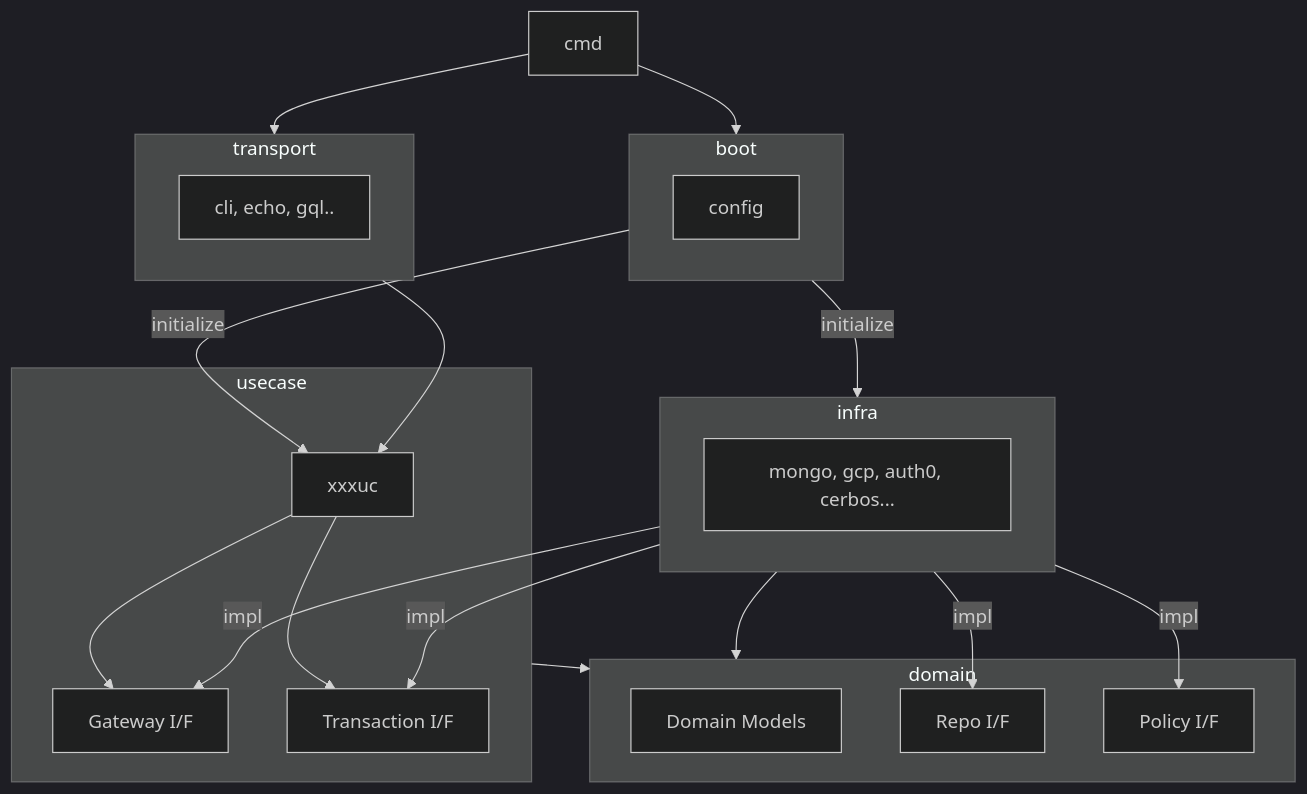
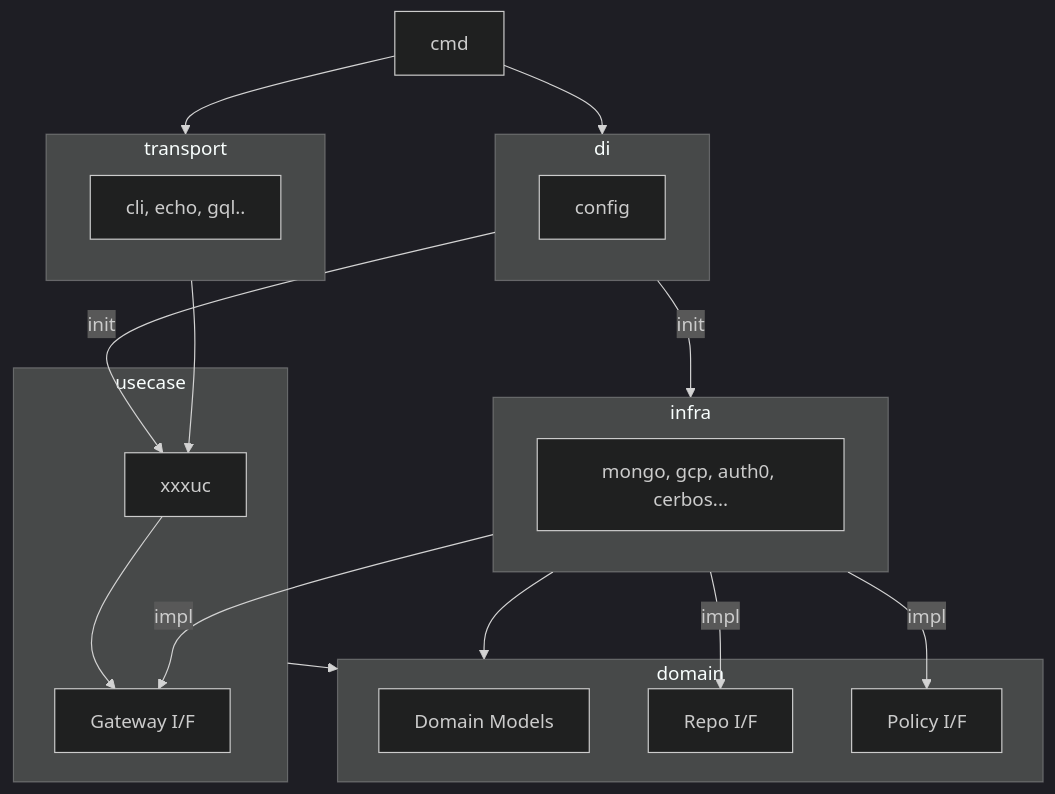
One commit to reearth/scaffold changed the diagram in README.md. Above: the diagram before and after it, drawn with Mermaid (dark theme). The commit also changed other lines of this file and 50 other files, not shown here.

````diff
--- a/README.md
+++ b/README.md
@@ -29,36 +26,33 @@
 ```mermaid
 flowchart
-  subgraph boot
+  subgraph di
     config
   end
   subgraph infra
     infra2[mongo, gcp, auth0, cerbos...]
   end
   subgraph transport
     transport2[cli, echo, gql..]
   end
   subgraph usecase
     uc[xxxuc]
     gatewayIF[Gateway I/F]
-    transaction[Transaction I/F]
   end
   subgraph domain
     model[Domain Models]
     repoIF[Repo I/F]
     policyIF[Policy I/F]
   end
 
-  cmd --> boot
+  cmd --> di
   cmd --> transport
-  boot -- initialize --> uc
-  boot -- initialize --> infra
+  di --> |init| uc
+  di --> |init| infra
   transport --> uc
   usecase --> domain
   uc --> gatewayIF
-  uc --> transaction
-  infra -- impl --> repoIF
-  infra -- impl --> policyIF
-  infra -- impl --> gatewayIF
-  infra -- impl --> transaction
+  infra --> |impl| repoIF
+  infra --> |impl| policyIF
+  infra --> |impl| gatewayIF
   infra --> domain
 ```
````
